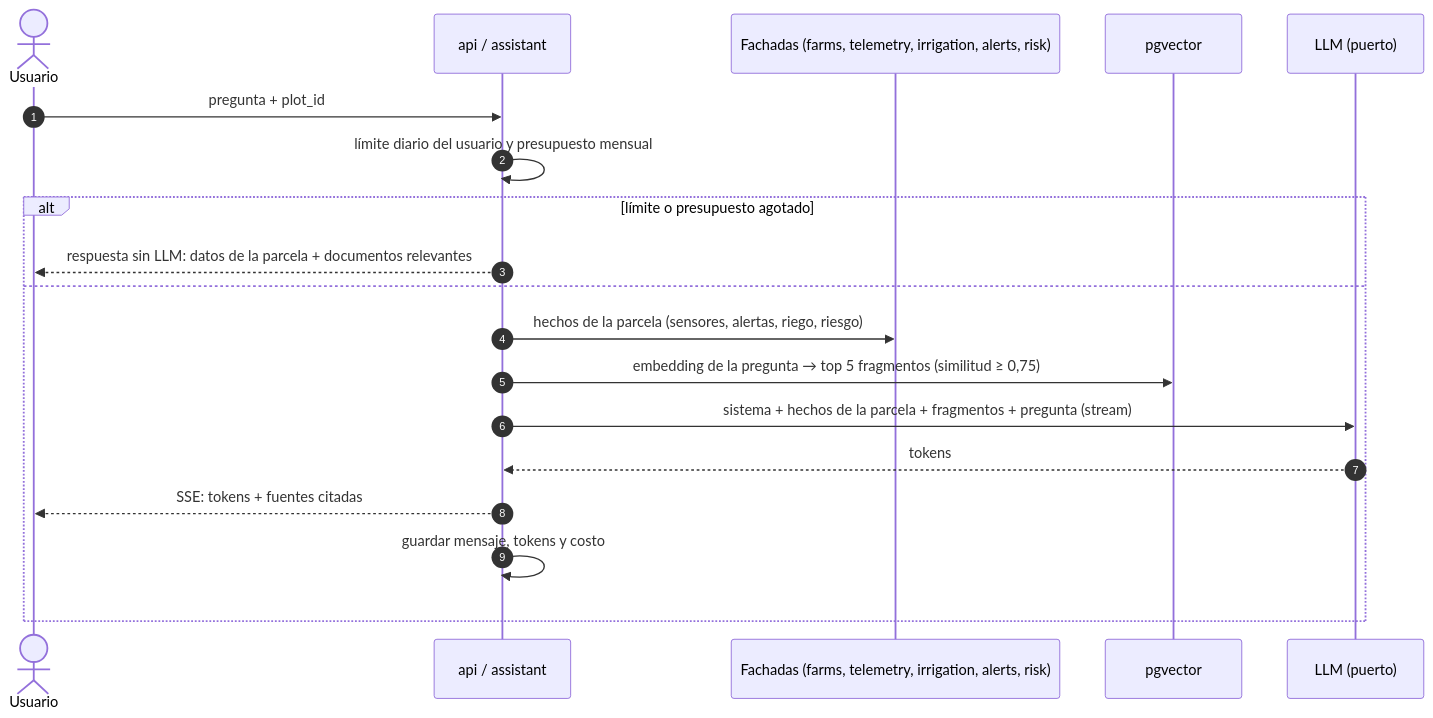
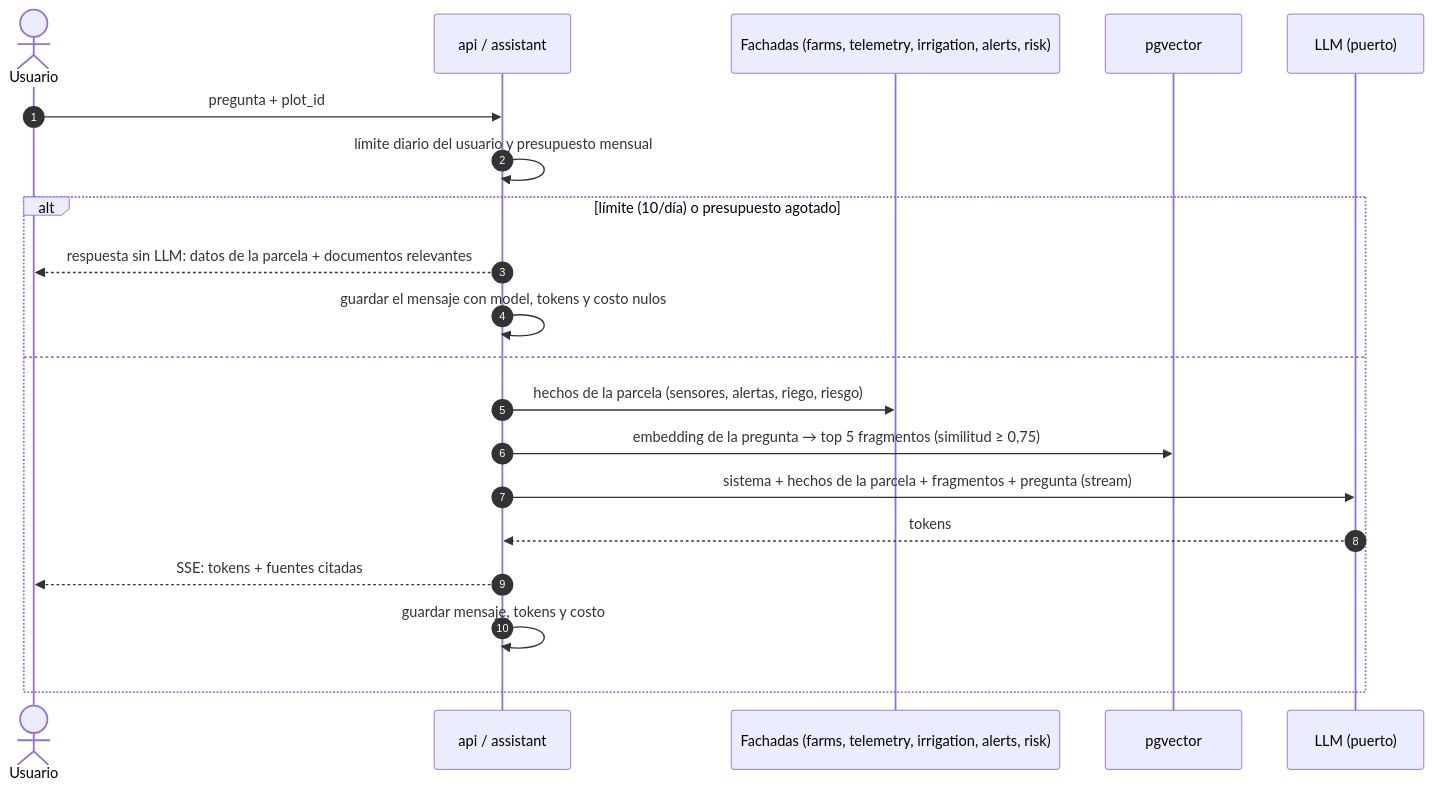
Before and after one commit to jab16jy/techcamp-v2: the eighth of 9 diagrams in docs/06-diseno-detallado.md, drawn with Mermaid. The commit also changed other lines of this file and 10 other files, not shown here.

````diff
--- a/docs/06-diseno-detallado.md
+++ b/docs/06-diseno-detallado.md
@@ -346,22 +346,23 @@
 ```mermaid
 sequenceDiagram
   autonumber
   actor U as Usuario
   participant API as api / assistant
   participant F as Fachadas (farms, telemetry, irrigation, alerts, risk)
   participant DB as pgvector
   participant L as LLM (puerto)
 
   U->>API: pregunta + plot_id
   API->>API: límite diario del usuario y presupuesto mensual
-  alt límite o presupuesto agotado
+  alt límite (10/día) o presupuesto agotado
     API-->>U: respuesta sin LLM: datos de la parcela + documentos relevantes
+    API->>API: guardar el mensaje con model, tokens y costo nulos
   else
     API->>F: hechos de la parcela (sensores, alertas, riego, riesgo)
     API->>DB: embedding de la pregunta → top 5 fragmentos (similitud ≥ 0,75)
     API->>L: sistema + hechos de la parcela + fragmentos + pregunta (stream)
     L-->>API: tokens
     API-->>U: SSE: tokens + fuentes citadas
     API->>API: guardar mensaje, tokens y costo
   end
 ```
````
